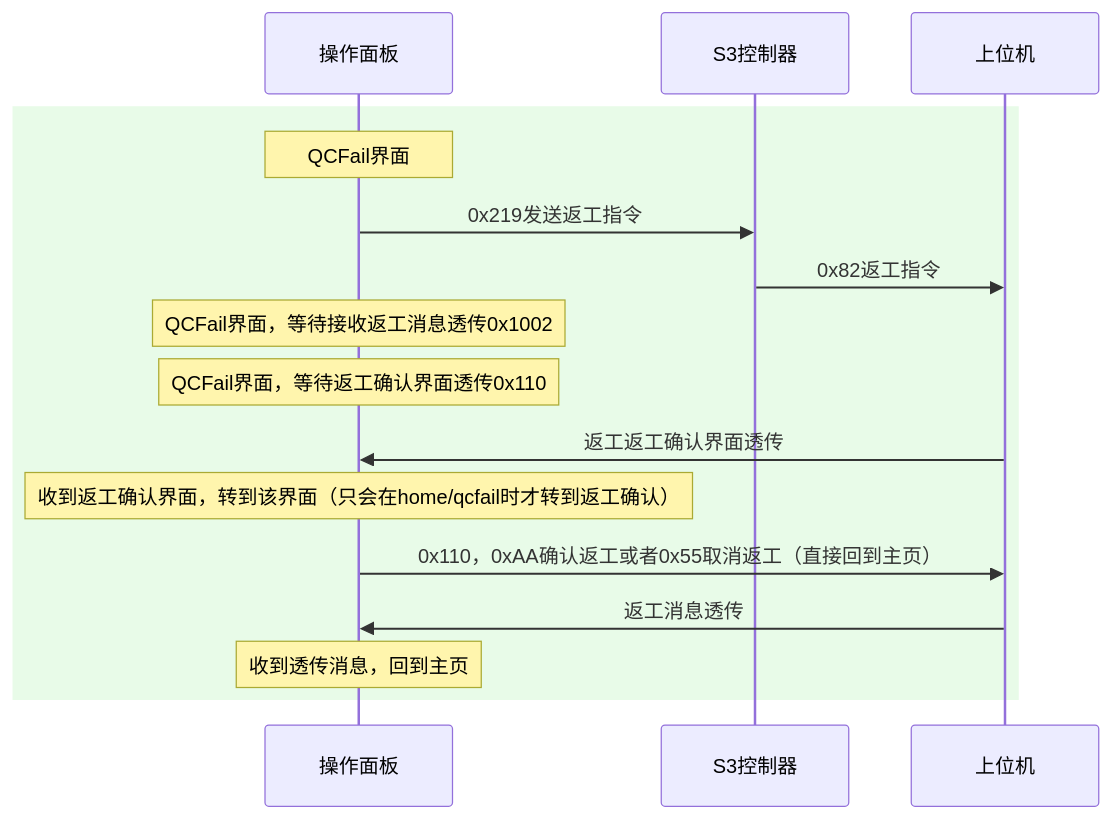
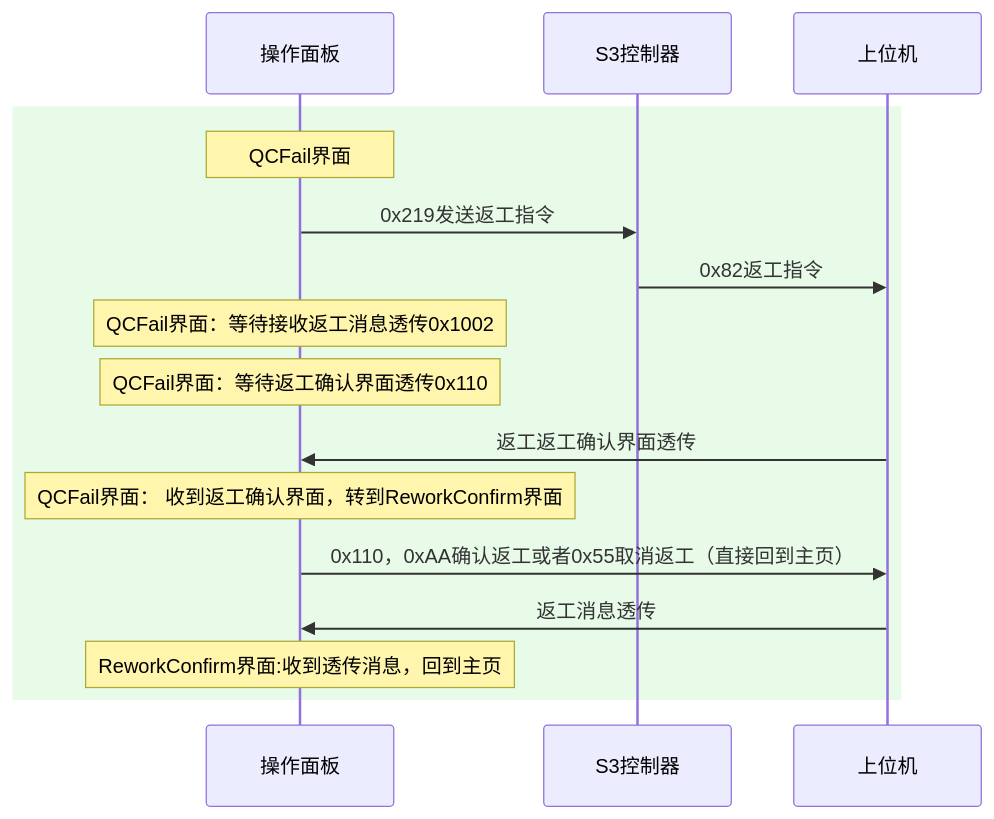
One commit to Siaiai/ObsidianNote changed the second of 3 diagrams in 工作/项目/代码/260413返工确认.md. Above: the diagram before and after it, drawn with Mermaid. The commit also changed other lines of this file and 1 other file, not shown here.

````diff
--- a/工作/项目/代码/260413返工确认.md
+++ b/工作/项目/代码/260413返工确认.md
@@ -35,18 +35,18 @@
 ```mermaid
 sequenceDiagram
     participant 面板 as 操作面板
     participant 控制器 as S3控制器
     participant 上位机 as 上位机
     rect rgba(180, 240, 180, 0.3) # 外层绿色区块
     note over 面板:QCFail界面
 	面板   ->> 控制器: 0x219发送返工指令
 	控制器 ->> 上位机: 0x82返工指令
-	note over 面板:QCFail界面，等待接收返工消息透传0x1002
-	note over 面板:QCFail界面，等待返工确认界面透传0x110
-	上位机 ->> 面板: 返工返工确认界面透传
-	note over 面板:收到返工确认界面，转到该界面（只会在home/qcfail时才转到返工确认）
+	note over 面板:QCFail界面：等待接收返工消息透传0x1002
+	note over 面板:QCFail界面：等待返工确认界面透传0x110
+	上位机 ->> 面板:返工返工确认界面透传
+	note over 面板:QCFail界面： 收到返工确认界面，转到ReworkConfirm界面
 	面板 ->> 上位机:0x110，0xAA确认返工或者0x55取消返工（直接回到主页）
 	上位机 ->> 面板: 返工消息透传
-	note over 面板:收到透传消息，回到主页
+	note over 面板:ReworkConfirm界面:收到透传消息，回到主页
 	 end
 ```
````
